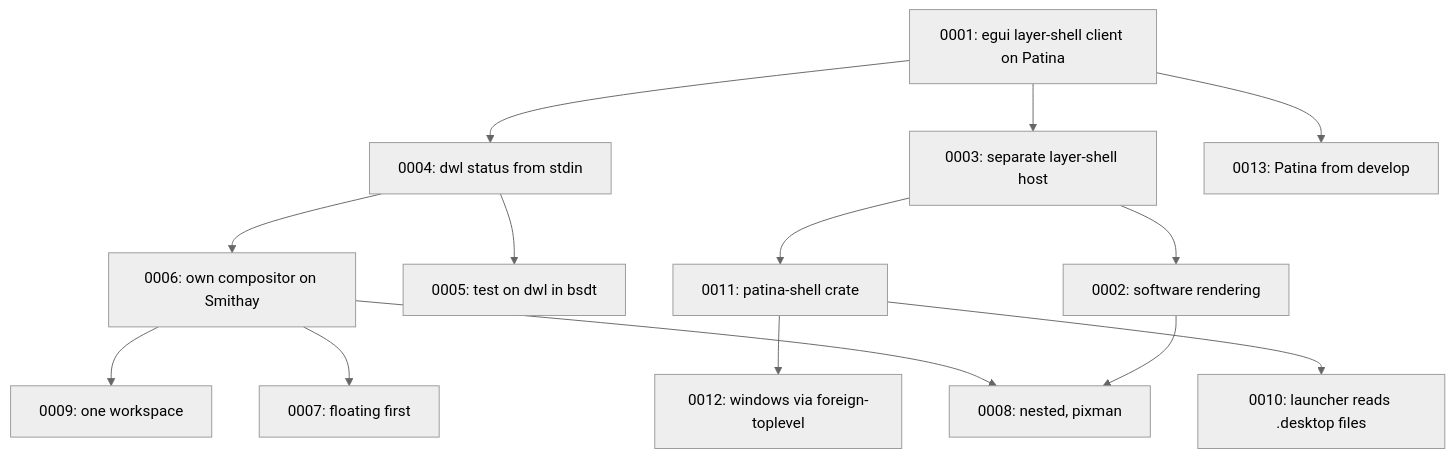
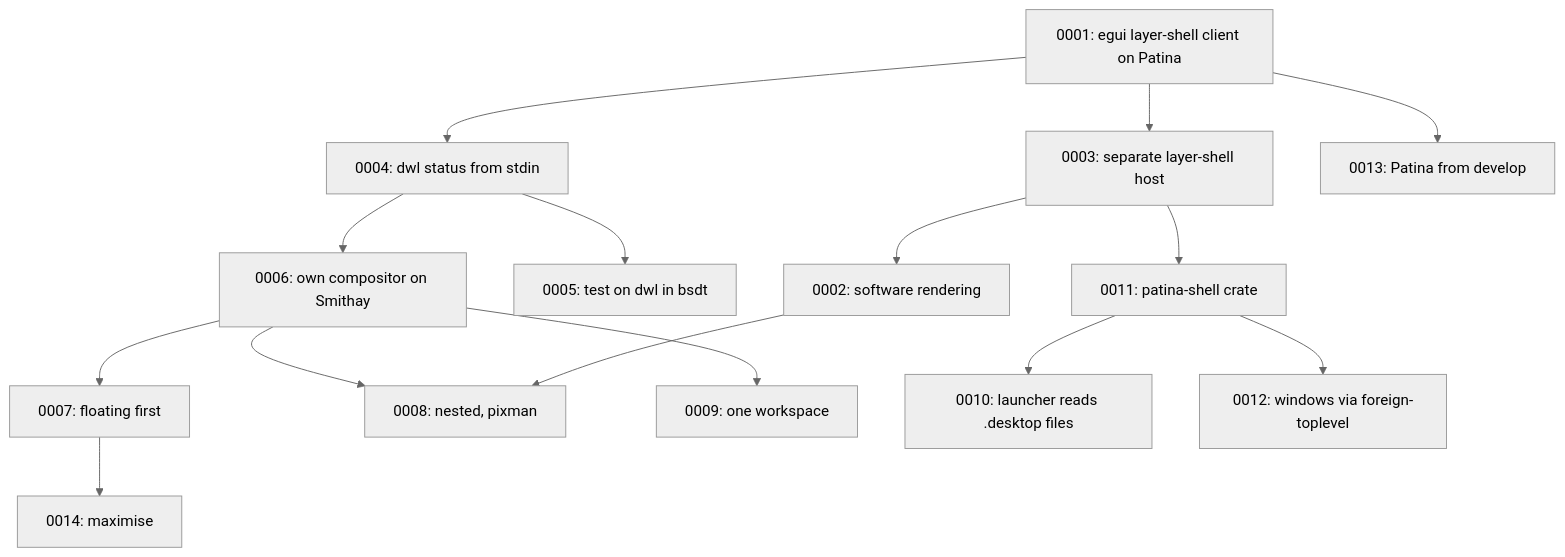
Before and after one commit to Sector-F-Labs/patina-desktop: the diagram in docs/adr/README.md, drawn with Mermaid (neutral theme). The commit also changed other lines of this file and 7 other files, not shown here.

````diff
--- a/docs/adr/README.md
+++ b/docs/adr/README.md
@@ -61,16 +62,17 @@
 ```mermaid
 flowchart TD
     A[0001: egui layer-shell client on Patina] --> B[0003: separate layer-shell host]
     B --> C[0002: software rendering]
     A --> D[0004: dwl status from stdin]
     D --> E[0005: test on dwl in bsdt]
     D --> F[0006: own compositor on Smithay]
     F --> G[0007: floating first]
+    G --> N[0014: maximise]
     F --> H[0008: nested, pixman]
     C --> H
     F --> I[0009: one workspace]
     B --> K[0011: patina-shell crate]
     K --> J[0010: launcher reads .desktop files]
     K --> L[0012: windows via foreign-toplevel]
     A --> M[0013: Patina from develop]
 ```
````
